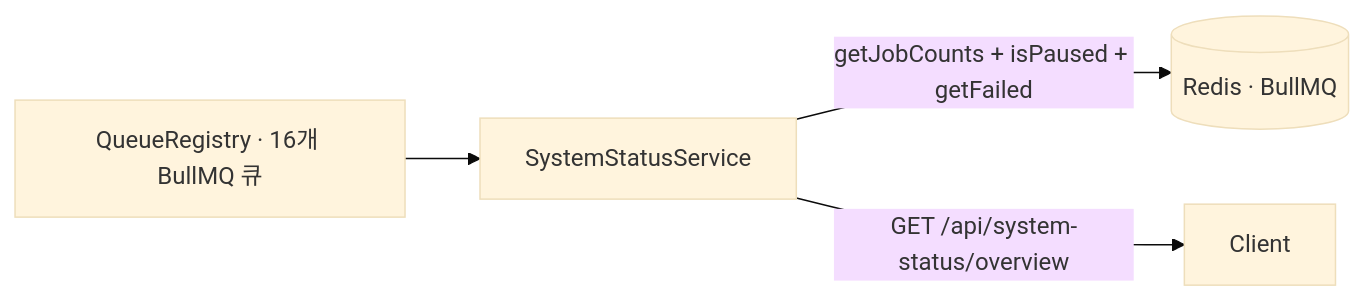
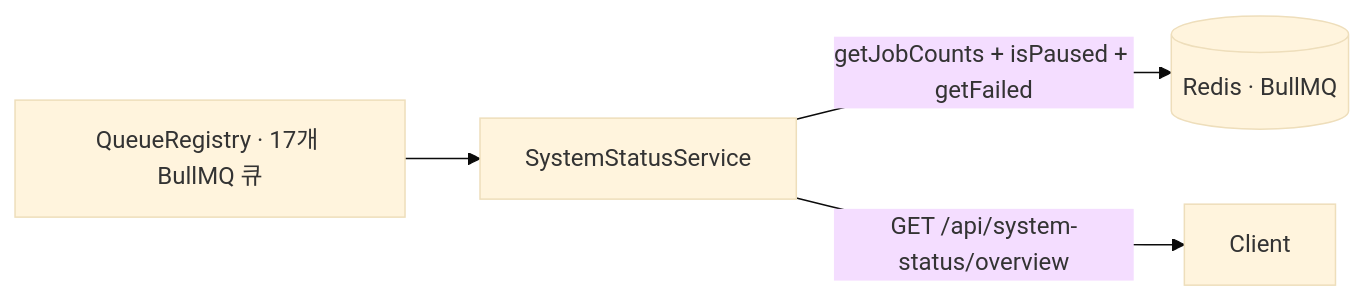
One commit to worker-ants/clemvion changed the fourth of 4 diagrams in spec/data-flow/9-observability.md. Above: the diagram before and after it, drawn with Mermaid (base theme). The commit also changed other lines of this file and 18 other files, not shown here.

First line of the commit message:
docs(triggers,system-status): #738 follow-up — endpointPath v4 UUID 예시 정정 + 모니터링 큐 표 동기 (W1 doc·SPEC-DRIFT) (#748)

````diff
--- a/spec/data-flow/9-observability.md
+++ b/spec/data-flow/9-observability.md
@@ -140,6 +140,6 @@
 ```mermaid
 flowchart LR
-  REG[QueueRegistry · 16개 BullMQ 큐] --> SSS[SystemStatusService]
+  REG[QueueRegistry · 17개 BullMQ 큐] --> SSS[SystemStatusService]
   SSS -->|getJobCounts + isPaused + getFailed| REDIS[(Redis · BullMQ)]
   SSS -->|GET /api/system-status/overview| Client
 ```
````
